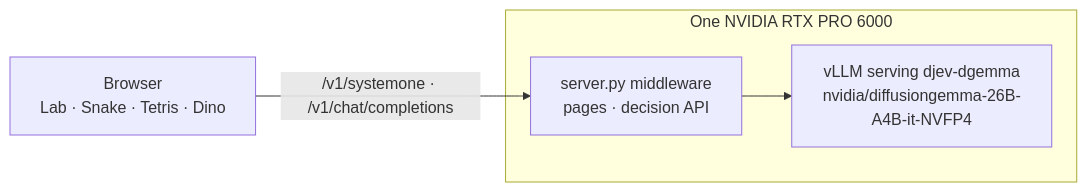
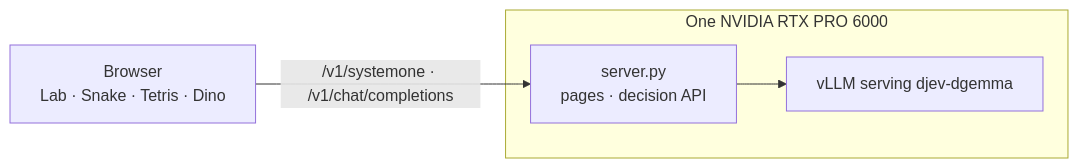
Before and after one commit to Hrishikesh332/DiffusionGemma-djev-Lab: the diagram in README.md, drawn with Mermaid. The commit also changed other lines of this file and 1 other file, not shown here.

````diff
--- a/README.md
+++ b/README.md
@@ -58,7 +64,7 @@
 ```mermaid
 flowchart LR
   subgraph GPU["One NVIDIA RTX PRO 6000"]
-    M["server.py middleware<br/>pages · decision API"] --> V["vLLM serving djev-dgemma<br/>nvidia/diffusiongemma-26B-A4B-it-NVFP4"]
+    M["server.py<br/>pages · decision API"] --> V["vLLM serving djev-dgemma"]
   end
   U["Browser<br/>Lab · Snake · Tetris · Dino"] -->|"/v1/systemone · /v1/chat/completions"| M
 ```
````
